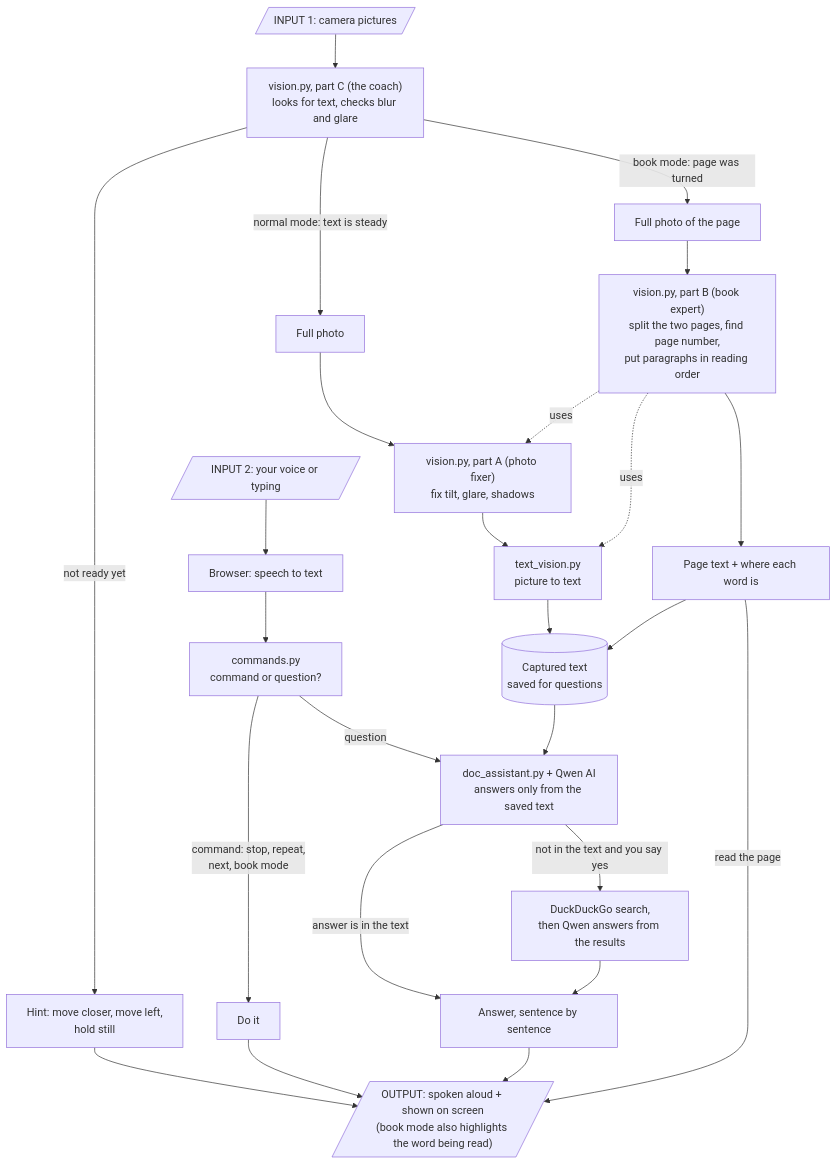
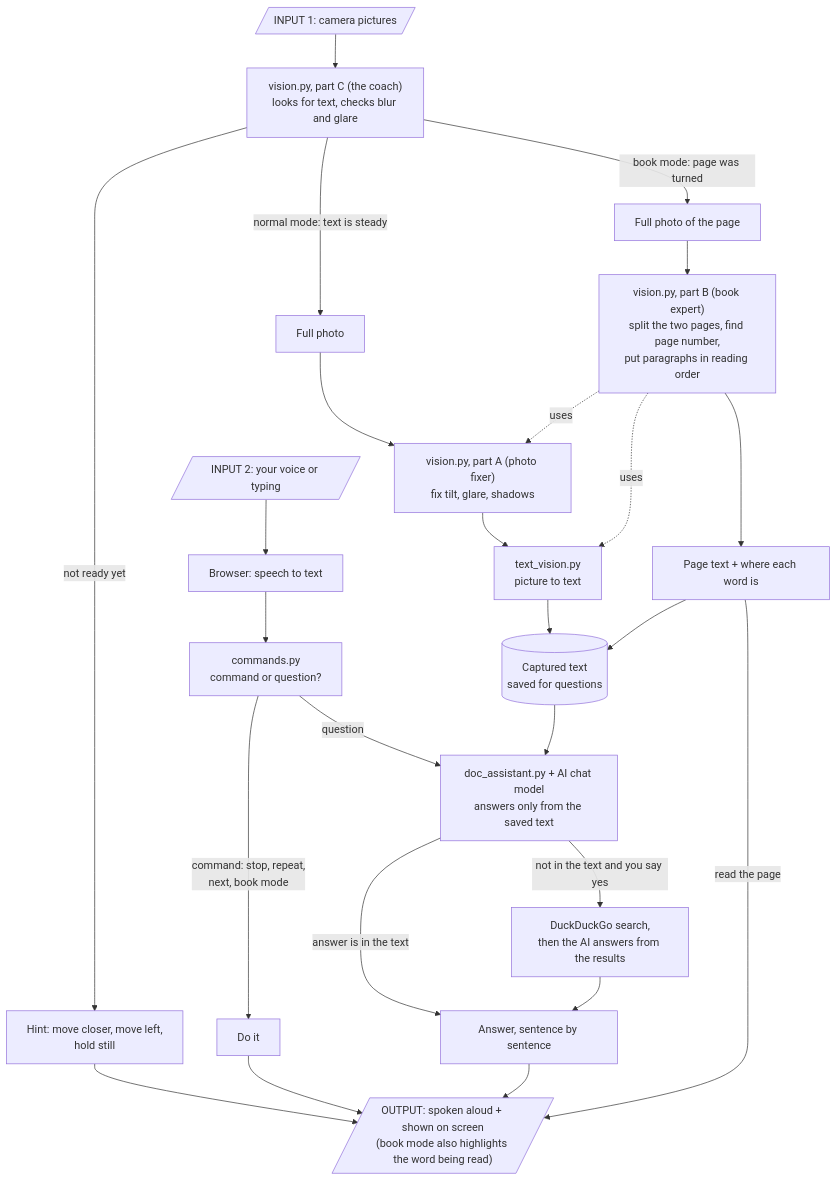
One commit to neerajprao/Helping_Eyes-main changed the diagram in working.md. Above: the diagram before and after it, drawn with Mermaid. The commit also changed other lines of this file and 17 other files, not shown here.

Commit message:
removed graphyfy

````diff
--- a/working.md
+++ b/working.md
@@ -74,35 +74,35 @@
 ```mermaid
 flowchart TD
     CAM[/"INPUT 1: camera pictures"/]
     VOICE[/"INPUT 2: your voice or typing"/]
 
     CAM --> COACH["vision.py, part C (the coach)<br/>looks for text, checks blur and glare"]
     COACH -->|not ready yet| HINT["Hint: move closer, move left,<br/>hold still"]
     COACH -->|normal mode: text is steady| PHOTO["Full photo"]
     COACH -->|book mode: page was turned| BOOKPHOTO["Full photo of the page"]
 
     PHOTO --> FIX["vision.py, part A (photo fixer)<br/>fix tilt, glare, shadows"]
     FIX --> READ["text_vision.py<br/>picture to text"]
     READ --> SAVED[("Captured text<br/>saved for questions")]
 
     BOOKPHOTO --> BOOK["vision.py, part B (book expert)<br/>split the two pages, find page number,<br/>put paragraphs in reading order"]
     BOOK -.uses.-> FIX
     BOOK -.uses.-> READ
     BOOK --> PAGE["Page text + where each word is"]
     PAGE --> SAVED
 
     VOICE --> STT["Browser: speech to text"]
     STT --> CMD["commands.py<br/>command or question?"]
     CMD -->|command: stop, repeat,<br/>next, book mode| ACT["Do it"]
-    CMD -->|question| AI["doc_assistant.py + Qwen AI<br/>answers only from the saved text"]
+    CMD -->|question| AI["doc_assistant.py + AI chat model<br/>answers only from the saved text"]
     SAVED --> AI
     AI -->|answer is in the text| ANSWER["Answer, sentence by sentence"]
-    AI -->|not in the text and you say yes| WEB["DuckDuckGo search,<br/>then Qwen answers from the results"]
+    AI -->|not in the text and you say yes| WEB["DuckDuckGo search,<br/>then the AI answers from the results"]
     WEB --> ANSWER
 
     HINT --> OUT
     ACT --> OUT
     ANSWER --> OUT
     PAGE -->|read the page| OUT
     OUT[/"OUTPUT: spoken aloud + shown on screen<br/>(book mode also highlights the word being read)"/]
 ```
````
